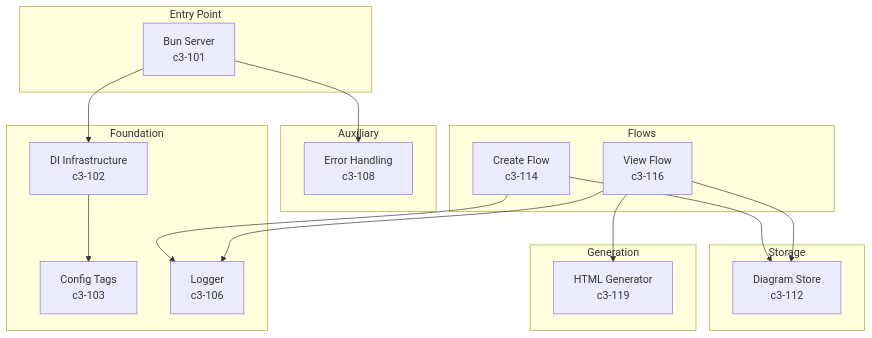
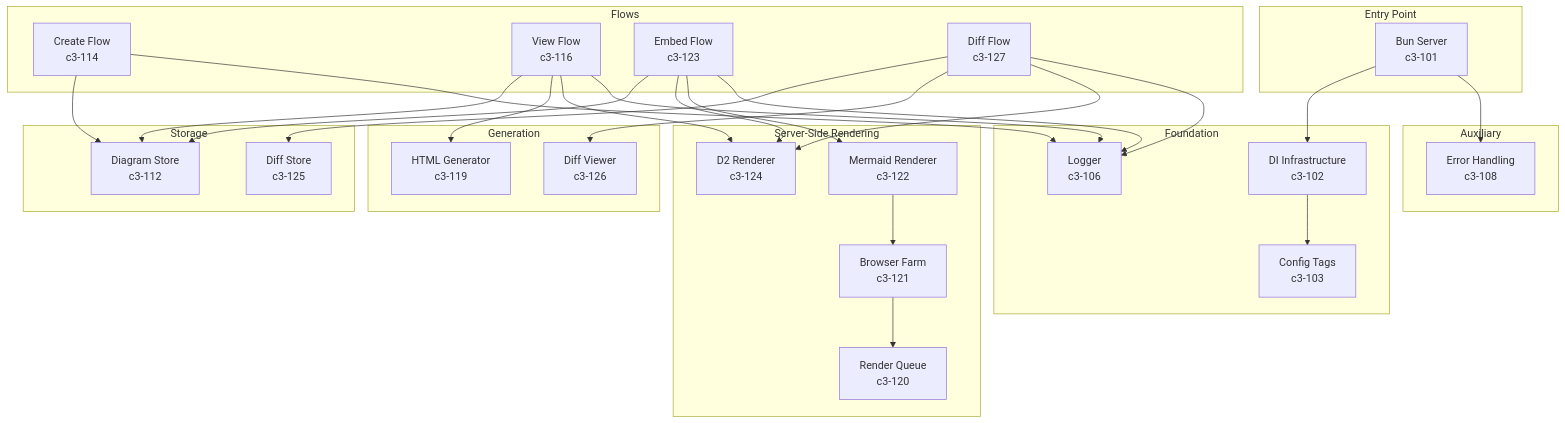
Before and after one commit to lagz0ne/diashort: the first of 2 diagrams in .c3/c3-1-api-server/README.md, drawn with Mermaid. The commit also changed other lines of this file and 31 other files, not shown here.

````diff
--- a/.c3/c3-1-api-server/README.md
+++ b/.c3/c3-1-api-server/README.md
@@ -18,40 +18,65 @@
 ```mermaid
 flowchart TB
     subgraph Entry["Entry Point"]
         Server["Bun Server<br/>c3-101"]
     end
 
     subgraph Foundation["Foundation"]
         DI["DI Infrastructure<br/>c3-102"]
         Config["Config Tags<br/>c3-103"]
         Logger["Logger<br/>c3-106"]
     end
 
     subgraph Auxiliary["Auxiliary"]
         ErrorMap["Error Handling<br/>c3-108"]
     end
 
     subgraph Storage["Storage"]
         DiagramStore["Diagram Store<br/>c3-112"]
+        DiffStore["Diff Store<br/>c3-125"]
     end
 
     subgraph Generation["Generation"]
         HTMLGen["HTML Generator<br/>c3-119"]
+        DiffViewer["Diff Viewer<br/>c3-126"]
+    end
+
+    subgraph Rendering["Server-Side Rendering"]
+        D2Renderer["D2 Renderer<br/>c3-124"]
+        MermaidRenderer["Mermaid Renderer<br/>c3-122"]
+        BrowserFarm["Browser Farm<br/>c3-121"]
+        RenderQueue["Render Queue<br/>c3-120"]
     end
 
     subgraph Flows["Flows"]
         CreateFlow["Create Flow<br/>c3-114"]
         ViewFlow["View Flow<br/>c3-116"]
+        EmbedFlow["Embed Flow<br/>c3-123"]
+        DiffFlow["Diff Flow<br/>c3-127"]
     end
 
     Server --> DI
     Server --> ErrorMap
     DI --> Config
 
     CreateFlow --> DiagramStore
     CreateFlow --> Logger
 
     ViewFlow --> DiagramStore
     ViewFlow --> HTMLGen
+    ViewFlow --> D2Renderer
     ViewFlow --> Logger
+
+    EmbedFlow --> DiagramStore
+    EmbedFlow --> D2Renderer
+    EmbedFlow --> MermaidRenderer
+    EmbedFlow --> Logger
+
+    DiffFlow --> DiffStore
+    DiffFlow --> DiffViewer
+    DiffFlow --> D2Renderer
+    DiffFlow --> Logger
+
+    MermaidRenderer --> BrowserFarm
+    BrowserFarm --> RenderQueue
 ```
````
